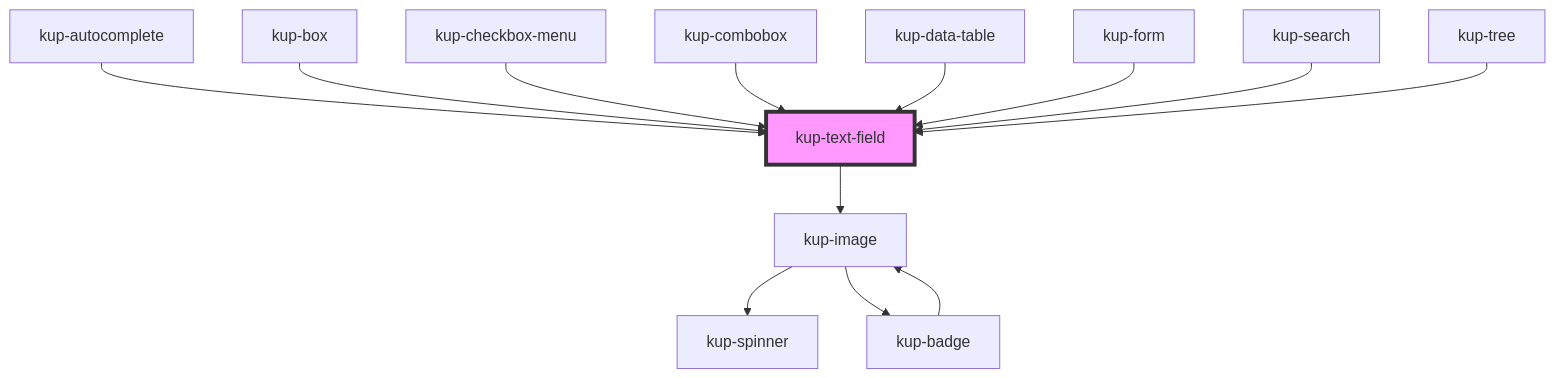
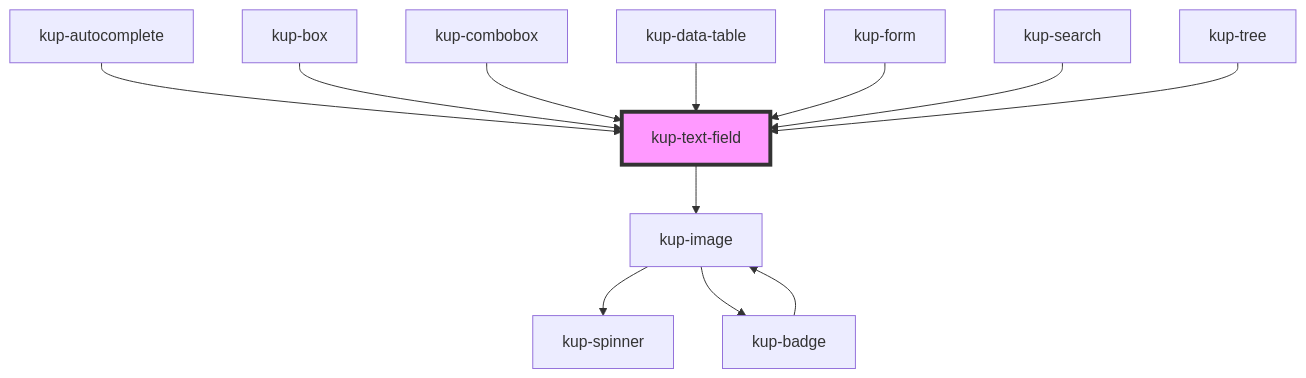
One commit to smeup/ketchup changed the diagram in packages/ketchup/src/components/kup-text-field/readme.md. Above: the diagram before and after it, drawn with Mermaid. The commit also changed other lines of this file and 16 other files, not shown here.

Commit message:
Remove kup-menu and kup-checkbox-menu drafts from library and showcase.

````diff
--- a/packages/ketchup/src/components/kup-text-field/readme.md
+++ b/packages/ketchup/src/components/kup-text-field/readme.md
@@ -88,16 +87,15 @@
 ```mermaid
 graph TD;
   kup-text-field --> kup-image
   kup-image --> kup-spinner
   kup-image --> kup-badge
   kup-badge --> kup-image
   kup-autocomplete --> kup-text-field
   kup-box --> kup-text-field
-  kup-checkbox-menu --> kup-text-field
   kup-combobox --> kup-text-field
   kup-data-table --> kup-text-field
   kup-form --> kup-text-field
   kup-search --> kup-text-field
   kup-tree --> kup-text-field
   style kup-text-field fill:#f9f,stroke:#333,stroke-width:4px
 ```
````
